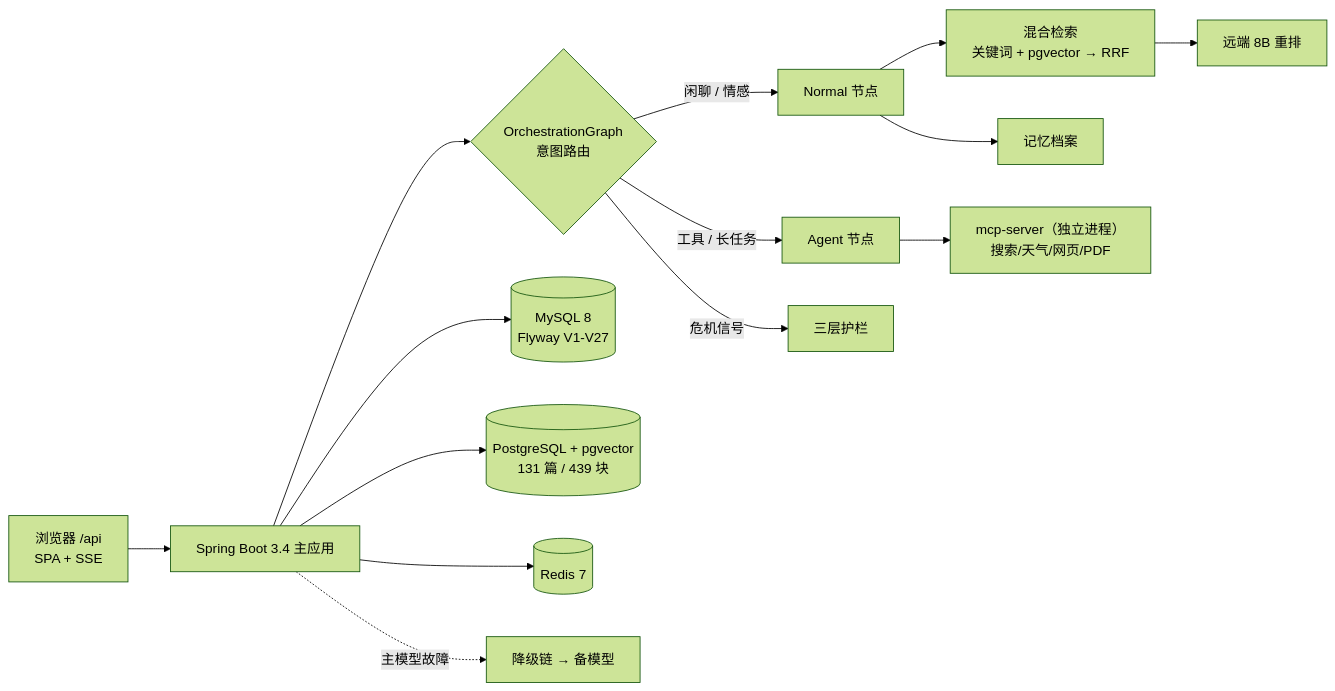
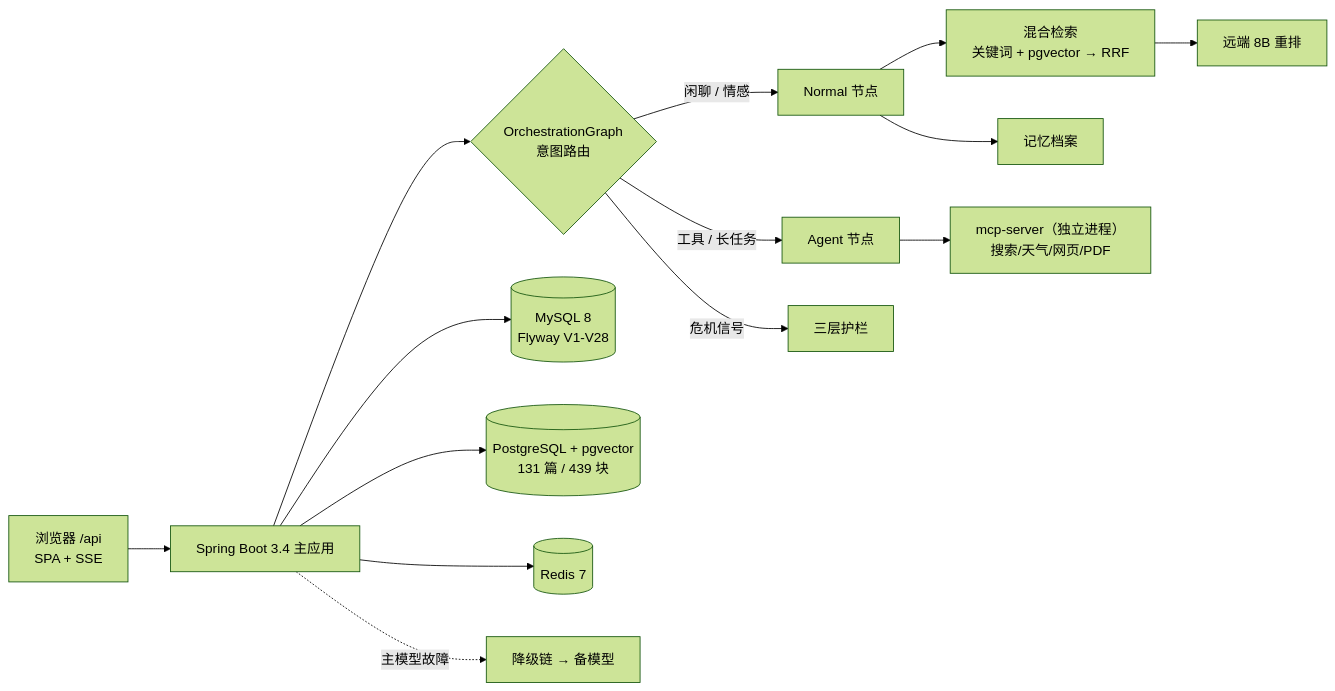
Before and after one commit to Mitsuki-lwx/LoveHelping-agent: the diagram in README.md, drawn with Mermaid (forest theme). The commit also changed other lines of this file and 11 other files, not shown here.

````diff
--- a/README.md
+++ b/README.md
@@ -161,16 +161,16 @@
 ```mermaid
 flowchart LR
   U["浏览器 /api<br/>SPA + SSE"] --> A["Spring Boot 3.4 主应用"]
   A --> C{"OrchestrationGraph<br/>意图路由"}
   C -->|闲聊 / 情感| N["Normal 节点"]
   C -->|工具 / 长任务| T["Agent 节点"]
   C -->|危机信号| G["三层护栏"]
   N --> RAG["混合检索<br/>关键词 + pgvector → RRF"]
   RAG --> RR["远端 8B 重排"]
   N --> MEM["记忆档案"]
   T --> M["mcp-server（独立进程）<br/>搜索/天气/网页/PDF"]
-  A --> DB[("MySQL 8<br/>Flyway V1-V27")]
+  A --> DB[("MySQL 8<br/>Flyway V1-V28")]
   A --> V[("PostgreSQL + pgvector<br/>131 篇 / 439 块")]
   A --> RD[("Redis 7")]
   A -.->|主模型故障| FB["降级链 → 备模型"]
 ```
````
